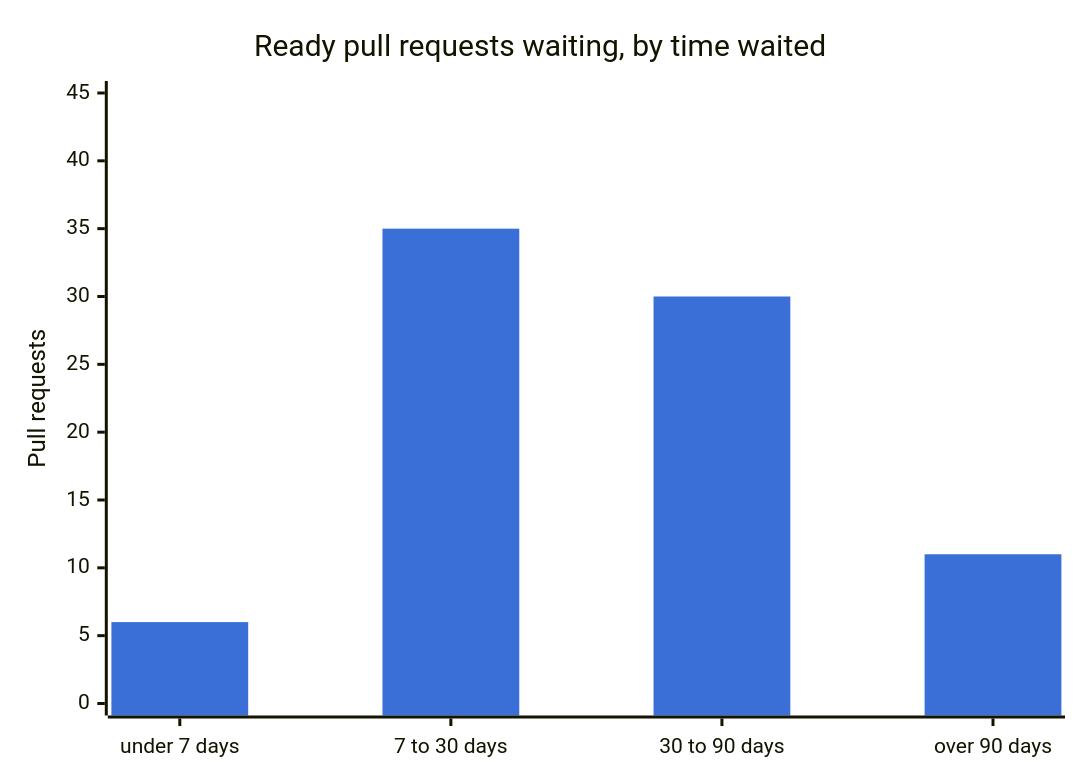
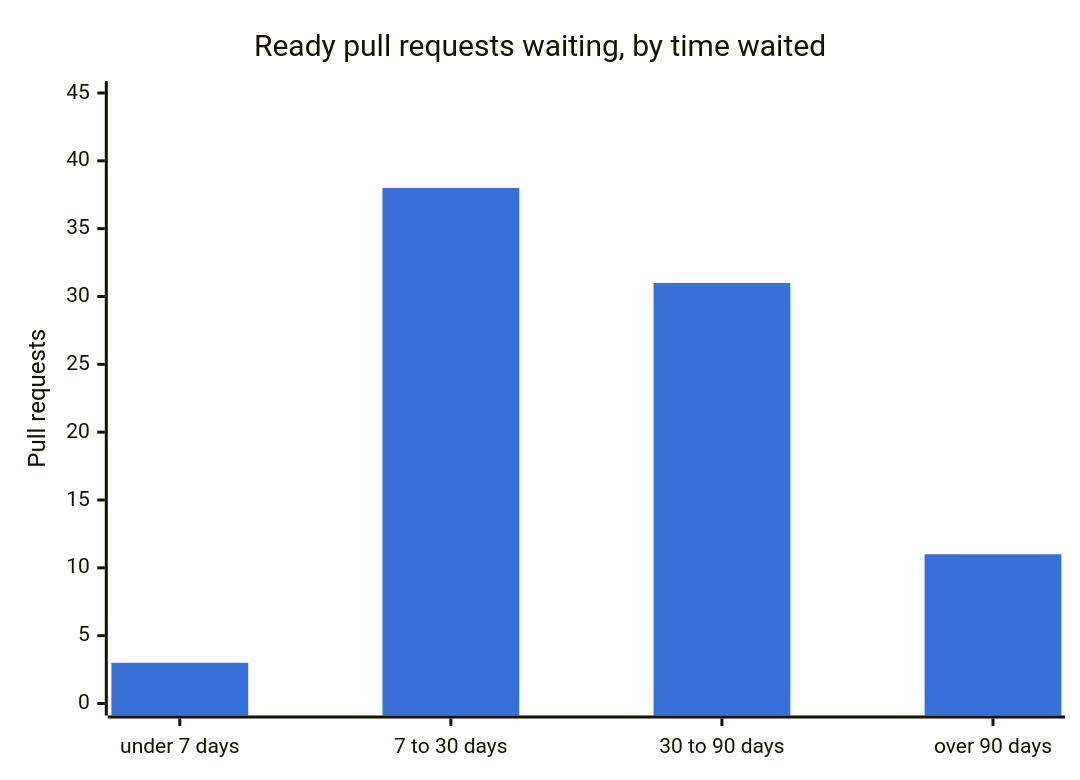
The second of 2 diagrams in docs/about/project-activity.md (xymon-monitoring/xymon-wiki), drawn with Mermaid before and after one commit. The commit also changed other lines of this file, not shown here.

````diff
--- a/docs/about/project-activity.md
+++ b/docs/about/project-activity.md
@@ -78,8 +79,8 @@
 ```mermaid
 %%{init: {"themeVariables": {"xyChart": {"plotColorPalette": "#3b6fd8, #e07b2a"}}}}%%
 xychart-beta
     title "Ready pull requests waiting, by time waited"
     x-axis ["under 7 days", "7 to 30 days", "30 to 90 days", "over 90 days"]
     y-axis "Pull requests" 0 --> 45
-    bar [6, 35, 30, 11]
+    bar [3, 38, 31, 11]
 ```
````
